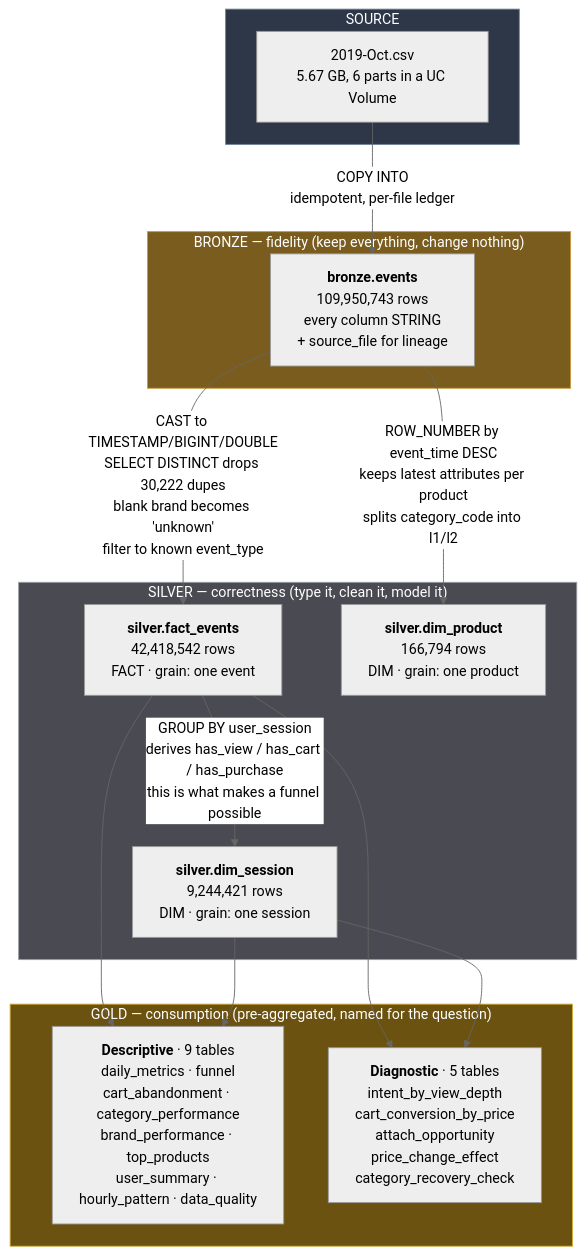
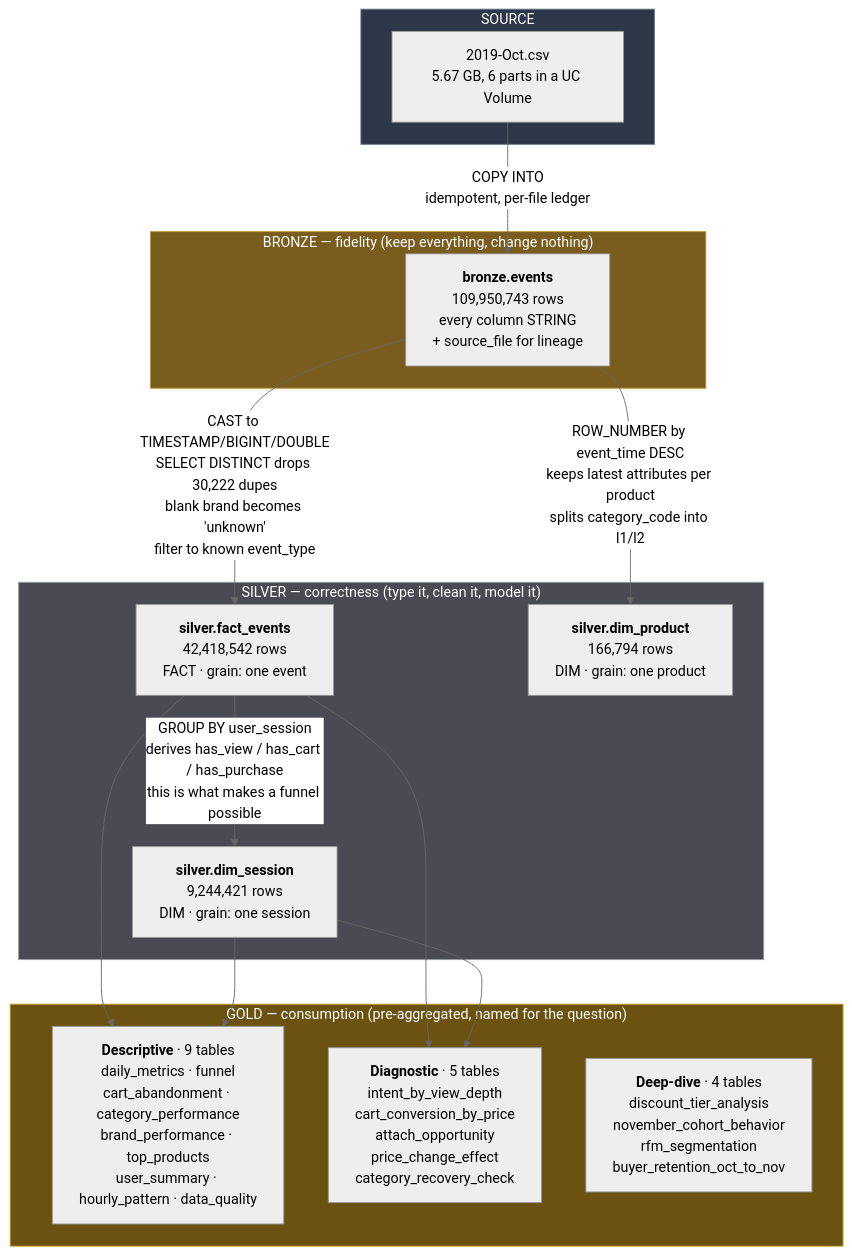
The second of 3 diagrams in README.md (drdhavaltrivedi/ecommerce-databricks-lakehouse), drawn with Mermaid (neutral theme) before and after one commit. The commit also changed other lines of this file and 3 other files, not shown here.

````diff
--- a/README.md
+++ b/README.md
@@ -277,37 +282,38 @@
 ```mermaid
 flowchart TD
     subgraph SRC["SOURCE"]
         CSV["2019-Oct.csv<br/>5.67 GB, 6 parts in a UC Volume"]
     end
 
     subgraph BRZ["BRONZE — fidelity (keep everything, change nothing)"]
         BE["<b>bronze.events</b><br/>109,950,743 rows<br/>every column STRING<br/>+ source_file for lineage"]
     end
 
     subgraph SLV["SILVER — correctness (type it, clean it, model it)"]
         FE["<b>silver.fact_events</b><br/>42,418,542 rows<br/>FACT · grain: one event"]
         DP["<b>silver.dim_product</b><br/>166,794 rows<br/>DIM · grain: one product"]
         DS["<b>silver.dim_session</b><br/>9,244,421 rows<br/>DIM · grain: one session"]
     end
 
     subgraph GLD["GOLD — consumption (pre-aggregated, named for the question)"]
         GD["<b>Descriptive</b> · 9 tables<br/>daily_metrics · funnel<br/>cart_abandonment · category_performance<br/>brand_performance · top_products<br/>user_summary · hourly_pattern · data_quality"]
         GO["<b>Diagnostic</b> · 5 tables<br/>intent_by_view_depth<br/>cart_conversion_by_price<br/>attach_opportunity<br/>price_change_effect<br/>category_recovery_check"]
+        GDD["<b>Deep-dive</b> · 4 tables<br/>discount_tier_analysis<br/>november_cohort_behavior<br/>rfm_segmentation<br/>buyer_retention_oct_to_nov"]
     end
 
     CSV -->|"COPY INTO<br/>idempotent, per-file ledger"| BE
 
     BE -->|"CAST to TIMESTAMP/BIGINT/DOUBLE<br/>SELECT DISTINCT drops 30,222 dupes<br/>blank brand becomes 'unknown'<br/>filter to known event_type"| FE
     BE -->|"ROW_NUMBER by event_time DESC<br/>keeps latest attributes per product<br/>splits category_code into l1/l2"| DP
     FE -->|"GROUP BY user_session<br/>derives has_view / has_cart / has_purchase<br/>this is what makes a funnel possible"| DS
 
     FE --> GD
     DS --> GD
     FE --> GO
     DS --> GO
 
     style BRZ fill:#7a5c1e,stroke:#c89b3c,color:#fff
     style SLV fill:#4a4a52,stroke:#9aa0a6,color:#fff
     style GLD fill:#6b5210,stroke:#d4af37,color:#fff
     style SRC fill:#2d3748,stroke:#718096,color:#fff
 ```
````
